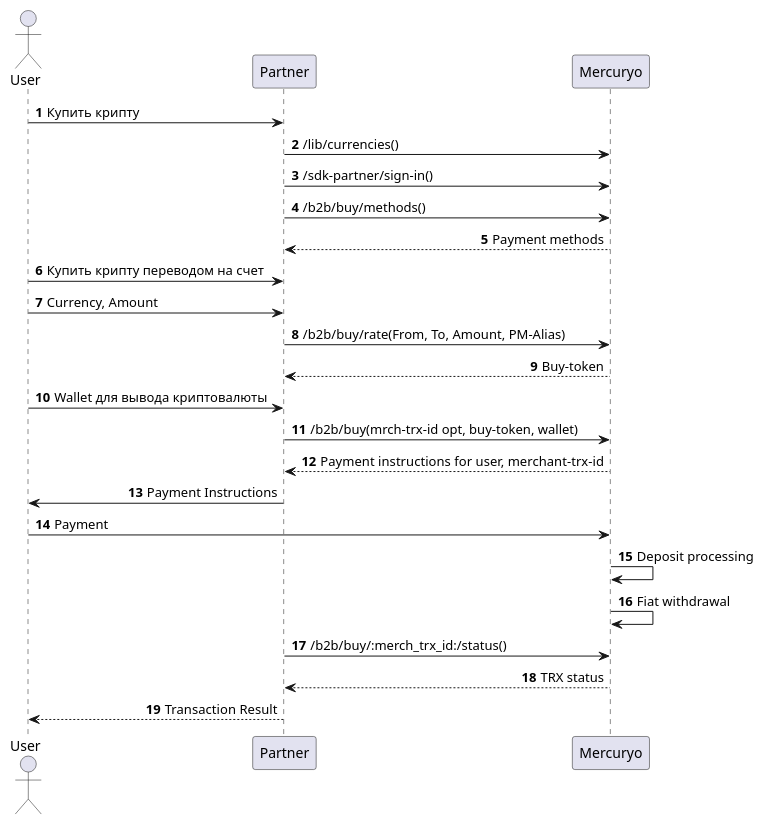
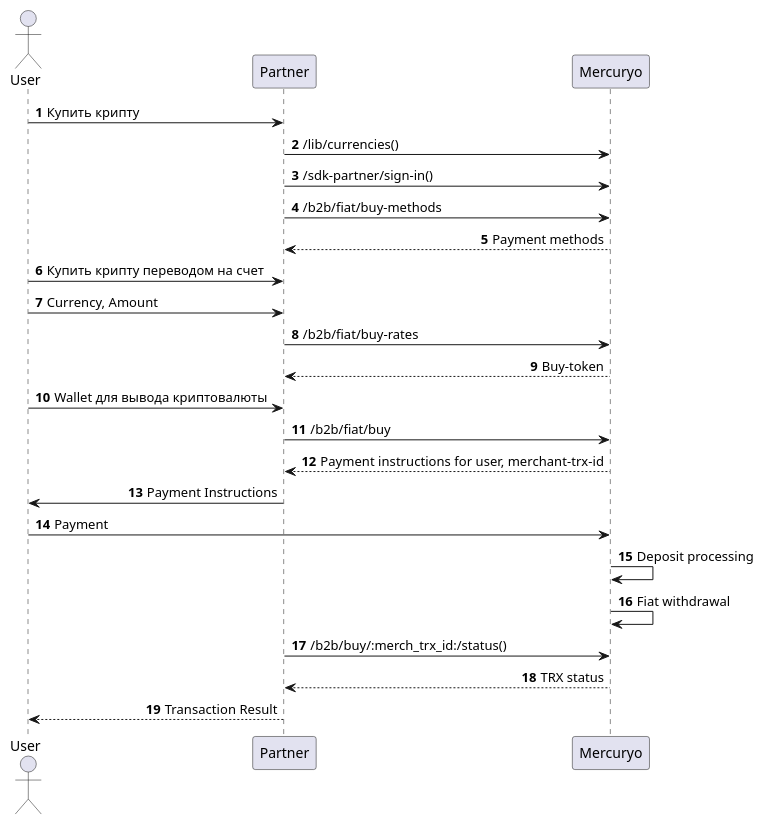
Before and after one commit to mercuryoio/BAAS-API: the diagram in 2 Buy Invoice/:b2b:iban:invoice.puml, drawn with PlantUML.

```diff
--- a/2 Buy Invoice/:b2b:iban:invoice.puml
+++ b/2 Buy Invoice/:b2b:iban:invoice.puml
@@ -1,35 +1,35 @@
 @startuml
 ' This UML source uses PlantUML format.
 ' https://plantuml.com/sequence-diagram for syntax details.
 ' Optional styles
 
 skinparam shadowing false
 skinparam SequenceMessageAlign direction
 
 autonumber
 
 actor User as user
 participant "Partner" as part
 participant "Mercuryo" as merc
 
 user -> part: Купить крипту
 part -> merc: /lib/currencies()
 part -> merc: /sdk-partner/sign-in()
-part -> merc: /b2b/buy/methods()
+part -> merc: /b2b/fiat/buy-methods
 merc --> part: Payment methods
 user -> part: Купить крипту переводом на счет
 user -> part: Currency, Amount
-part -> merc: /b2b/buy/rate(From, To, Amount, PM-Alias)
+part -> merc: /b2b/fiat/buy-rates
 merc --> part: Buy-token
 user -> part: Wallet для вывода криптовалюты
-part -> merc: /b2b/buy(mrch-trx-id opt, buy-token, wallet)
+part -> merc: /b2b/fiat/buy
 merc --> part: Payment instructions for user, merchant-trx-id
 part -> user: Payment Instructions
 user -> merc: Payment
 merc -> merc: Deposit processing
 merc -> merc: Fiat withdrawal
 part -> merc: /b2b/buy/:merch_trx_id:/status()
 merc --> part: TRX status
 part --> user: Transaction Result
 
 @enduml
```
